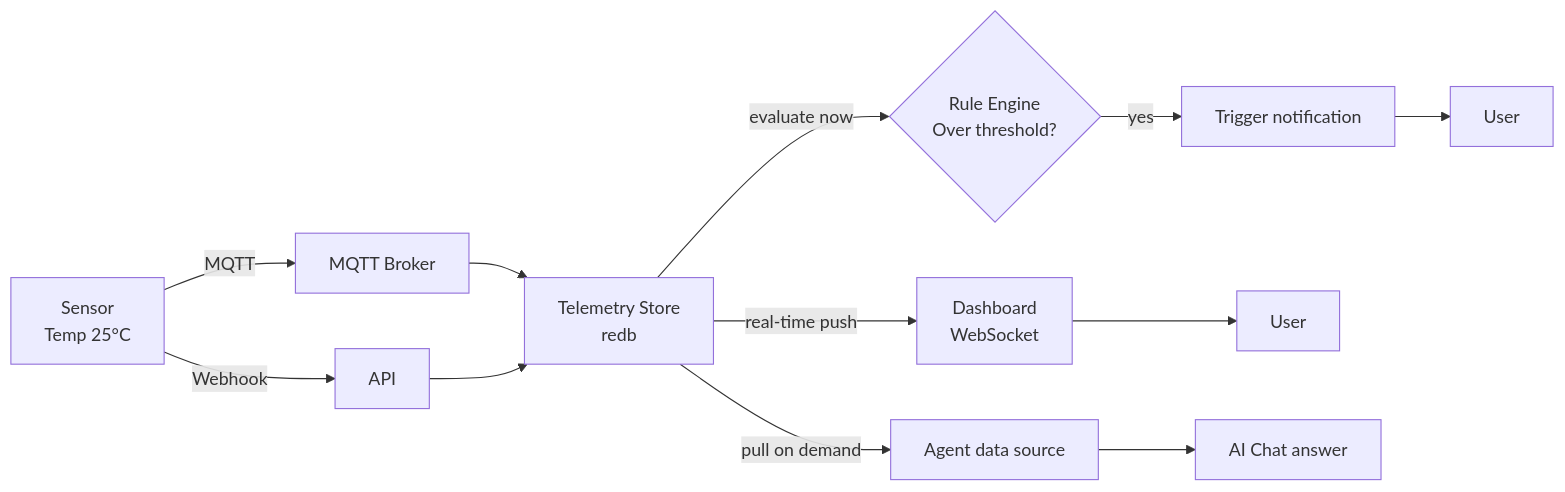
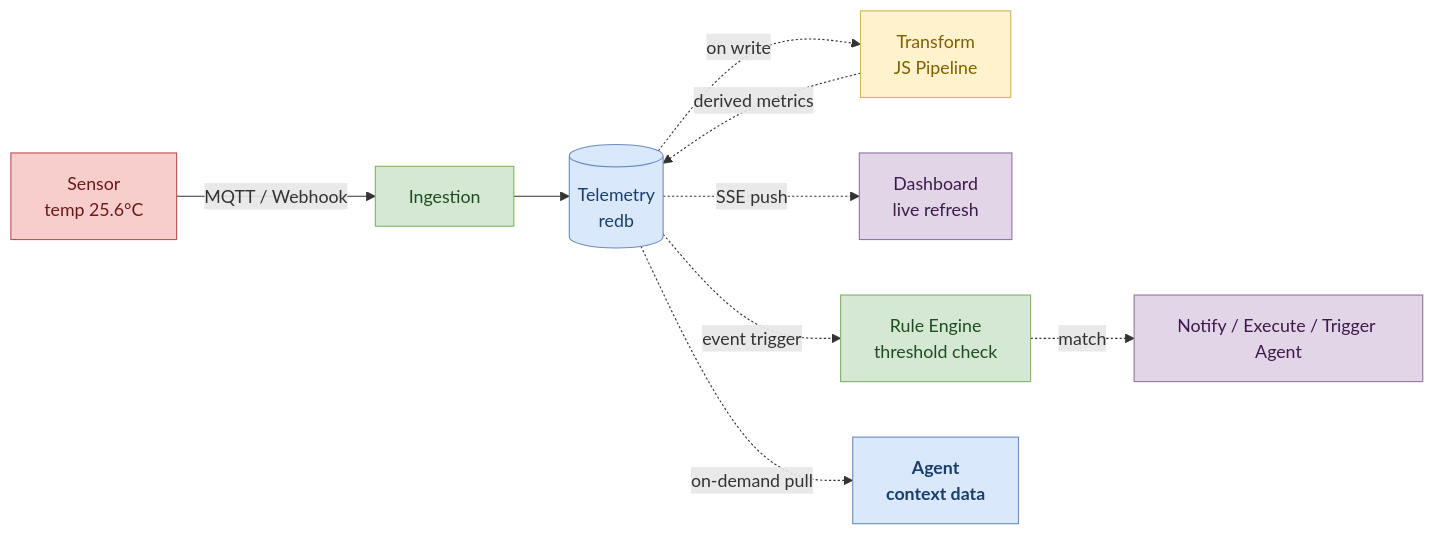
One commit to luommy/wiki-documents changed the second of 5 diagrams in i18n/en/docusaurus-plugin-content-docs/current/0-neomind/concepts/2-core-concepts.md. Above: the diagram before and after it, drawn with Mermaid. The commit also changed other lines of this file and 59 other files, not shown here.

````diff
--- a/i18n/en/docusaurus-plugin-content-docs/current/0-neomind/concepts/2-core-concepts.md
+++ b/i18n/en/docusaurus-plugin-content-docs/current/0-neomind/concepts/2-core-concepts.md
@@ -72,16 +86,21 @@
 ```mermaid
 flowchart LR
-    DEV[Sensor<br/>Temp 25°C] -->|MQTT| BROKER[MQTT Broker]
-    DEV -->|Webhook| API_IN[API]
-    BROKER --> STORE[Telemetry Store<br/>redb]
-    API_IN --> STORE
+    DEV["Sensor<br/>temp 25.6°C"]:::device
+    DEV -->|"MQTT / Webhook"| INGEST["Ingestion"]:::core
+    INGEST --> STORE[("Telemetry<br/>redb")]:::store
 
-    STORE -->|real-time push| DASH[Dashboard<br/>WebSocket]
-    STORE -->|evaluate now| RULE{Rule Engine<br/>Over threshold?}
-    RULE -->|yes| NOTIFY[Trigger notification]
-    STORE -->|pull on demand| AGENT[Agent data source]
+    STORE -.->|on write| TRANSFORM["Transform<br/>JS Pipeline"]:::pipeline
+    TRANSFORM -.->|derived metrics| STORE
 
-    DASH --> USER1[User]
-    NOTIFY --> USER2[User]
-    AGENT --> USER3[AI Chat answer]
+    STORE -.->|SSE push| DASH["Dashboard<br/>live refresh"]:::consumer
+    STORE -.->|event trigger| RULE["Rule Engine<br/>threshold check"]:::core
+    RULE -.->|match| ACTION["Notify / Execute / Trigger Agent"]:::consumer
+    STORE -.->|on-demand pull| AGENT["Agent<br/>context data"]:::ai
+
+    classDef device fill:#f8cecc,stroke:#b85450,color:#6b1a1a
+    classDef core fill:#d5e8d4,stroke:#82b366,color:#1f4d1f
+    classDef store fill:#dae8fc,stroke:#6c8ebf,color:#1a3d6b
+    classDef pipeline fill:#fff2cc,stroke:#d6b656,color:#7f6000
+    classDef consumer fill:#e1d5e7,stroke:#9673a6,color:#3d1a4b
+    classDef ai fill:#dae8fc,stroke:#6c8ebf,color:#1a3d6b,font-weight:bold
 ```
````
